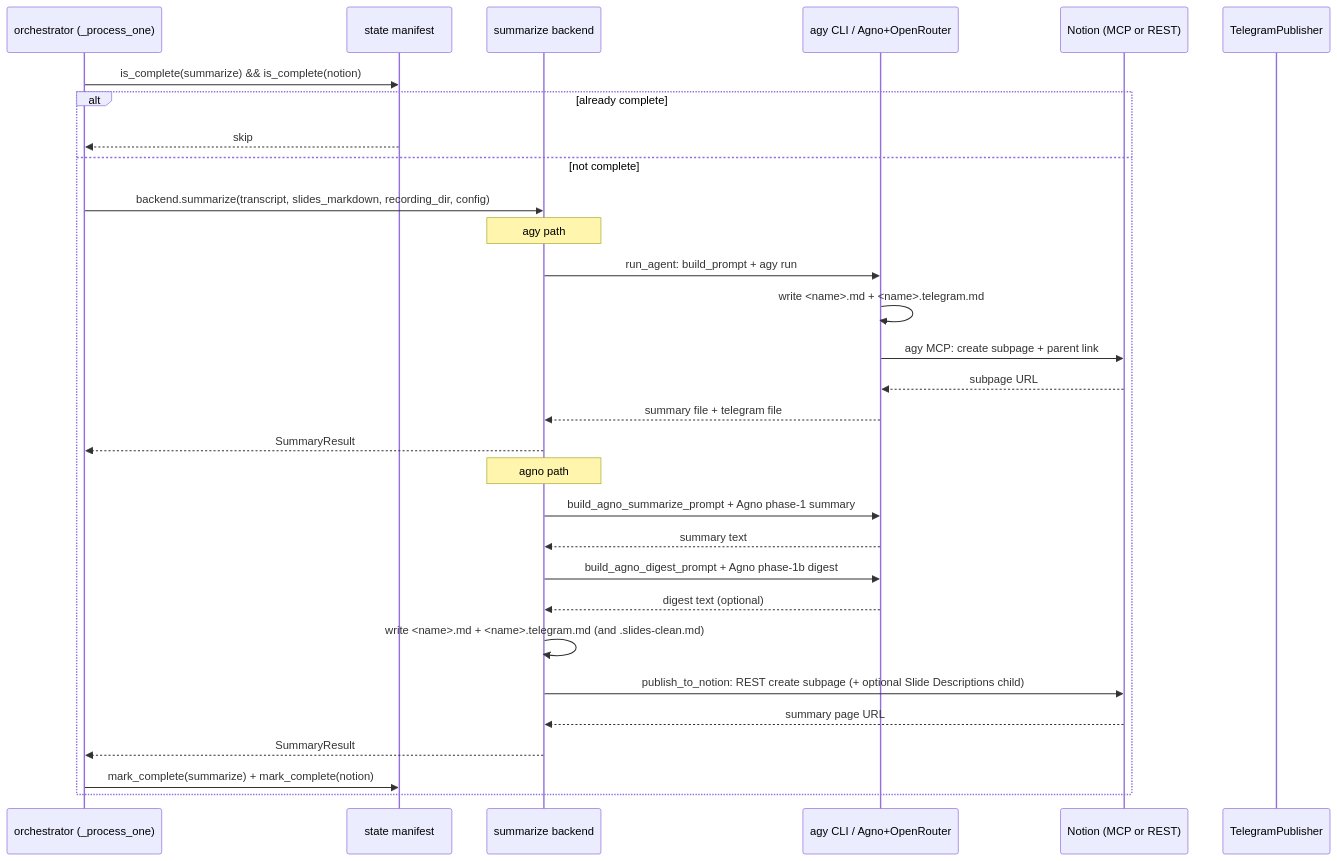
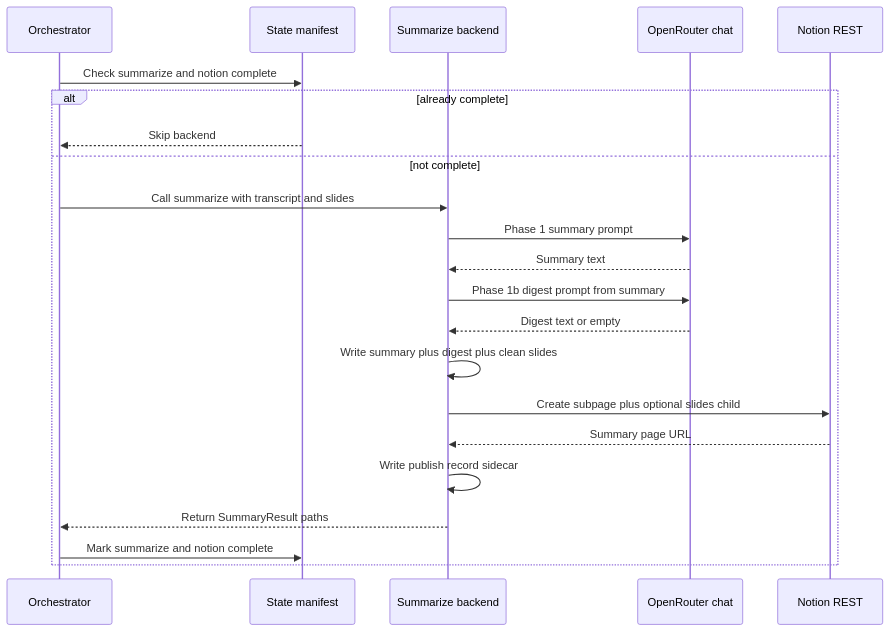
The second of 2 diagrams in openwiki/workflows/summarize-publish.md (neurowitchers/transcriber), drawn with Mermaid before and after one commit. The commit also changed other lines of this file and 34 other files, not shown here.

````diff
--- a/openwiki/workflows/summarize-publish.md
+++ b/openwiki/workflows/summarize-publish.md
@@ -151,36 +235,24 @@
 ```mermaid
 sequenceDiagram
-    participant Orchestrator as orchestrator (_process_one)
-    participant State as state manifest
-    participant Backend as summarize backend
-    participant Model as agy CLI / Agno+OpenRouter
-    participant Notion as Notion (MCP or REST)
-    participant Telegram as TelegramPublisher
-
-    Orchestrator->>State: is_complete(summarize) && is_complete(notion)
+    participant Orch as Orchestrator
+    participant State as State manifest
+    participant Backend as Summarize backend
+    participant OpenRouter as OpenRouter chat
+    participant Notion as Notion REST
+    Orch->>State: Check summarize and notion complete
     alt already complete
-        State-->>Orchestrator: skip
+        State-->>Orch: Skip backend
     else not complete
-        Orchestrator->>Backend: backend.summarize(transcript, slides_markdown, recording_dir, config)
-
-        note over Backend: agy path
-        Backend->>Model: run_agent: build_prompt + agy run
-        Model->>Model: write <name>.md + <name>.telegram.md
-        Model->>Notion: agy MCP: create subpage + parent link
-        Notion-->>Model: subpage URL
-        Model-->>Backend: summary file + telegram file
-        Backend-->>Orchestrator: SummaryResult
-
-        note over Backend: agno path
-        Backend->>Model: build_agno_summarize_prompt + Agno phase-1 summary
-        Model-->>Backend: summary text
-        Backend->>Model: build_agno_digest_prompt + Agno phase-1b digest
-        Model-->>Backend: digest text (optional)
-        Backend->>Backend: write <name>.md + <name>.telegram.md (and .slides-clean.md)
-        Backend->>Notion: publish_to_notion: REST create subpage (+ optional Slide Descriptions child)
-        Notion-->>Backend: summary page URL
-        Backend-->>Orchestrator: SummaryResult
-
-        Orchestrator->>State: mark_complete(summarize) + mark_complete(notion)
+        Orch->>Backend: Call summarize with transcript and slides
+        Backend->>OpenRouter: Phase 1 summary prompt
+        OpenRouter-->>Backend: Summary text
+        Backend->>OpenRouter: Phase 1b digest prompt from summary
+        OpenRouter-->>Backend: Digest text or empty
+        Backend->>Backend: Write summary plus digest plus clean slides
+        Backend->>Notion: Create subpage plus optional slides child
+        Notion-->>Backend: Summary page URL
+        Backend->>Backend: Write publish record sidecar
+        Backend-->>Orch: Return SummaryResult paths
+        Orch->>State: Mark summarize and notion complete
     end
 ```
````
